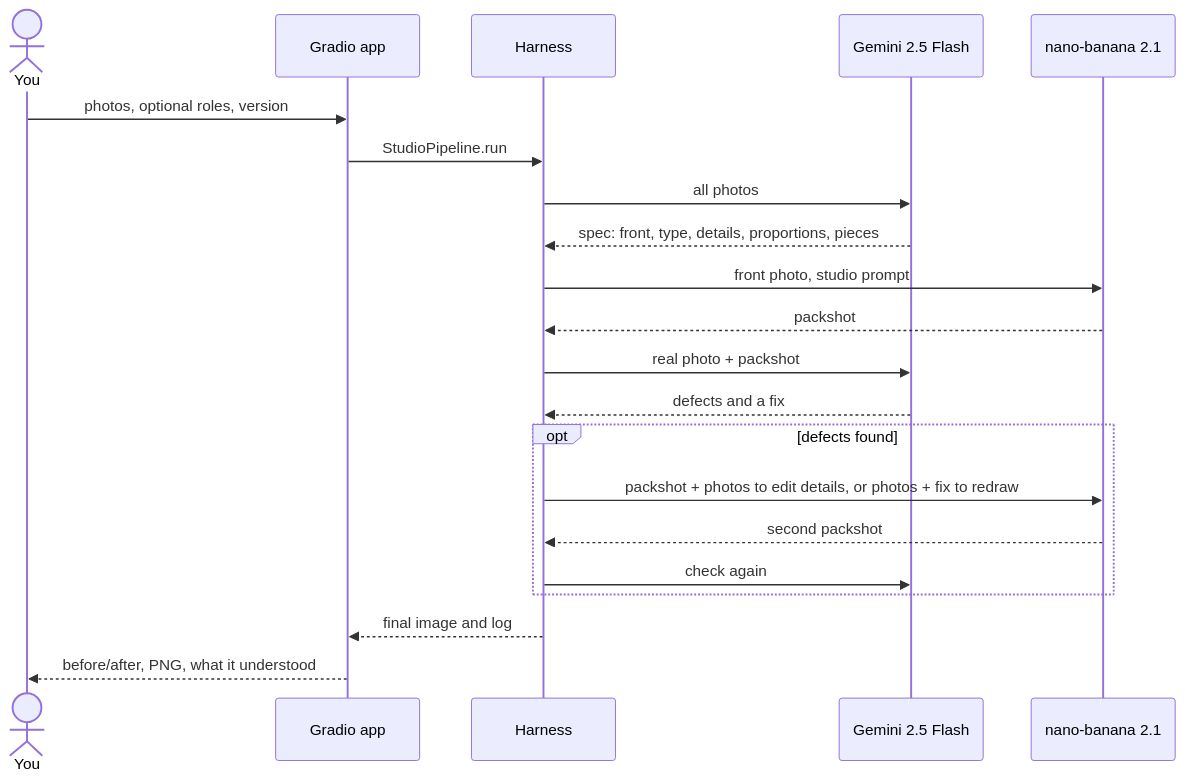
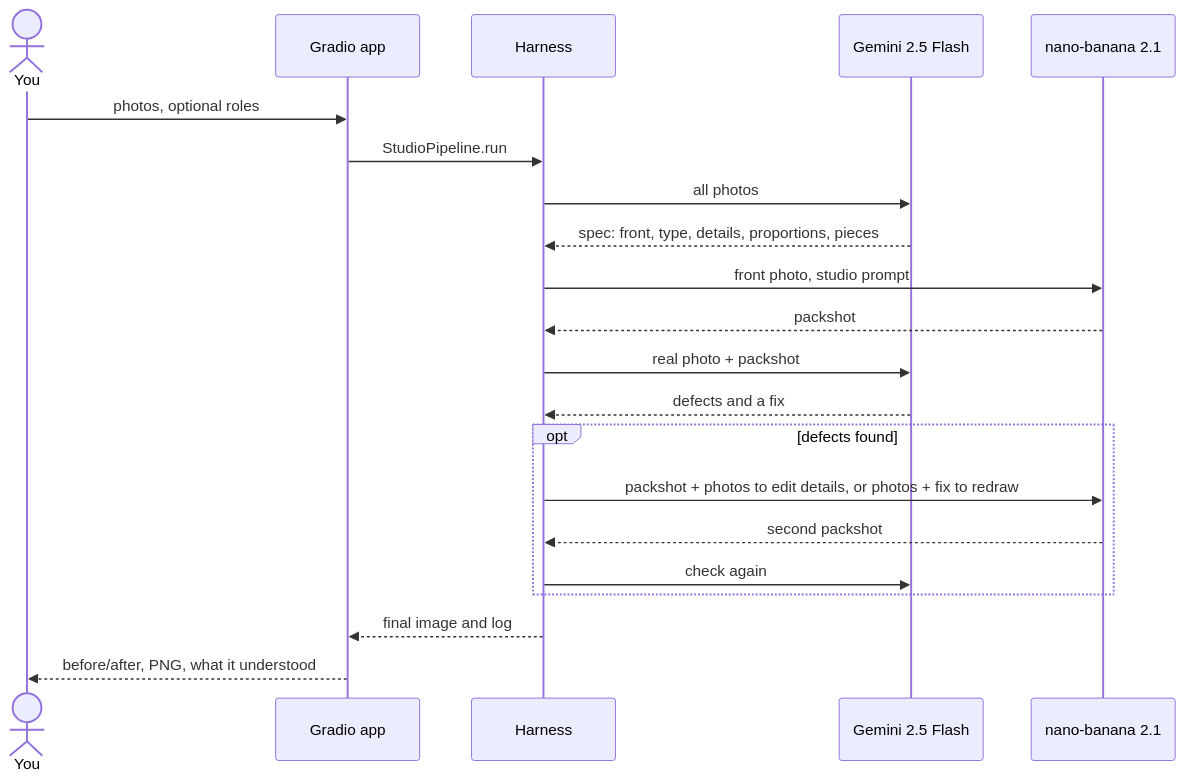
The second of 2 diagrams in README.md (neural-wave/ch-D3A24), drawn with Mermaid before and after one commit. The commit also changed other lines of this file and 32 other files, not shown here.

````diff
--- a/README.md
+++ b/README.md
@@ -42,23 +42,23 @@
 ```mermaid
 sequenceDiagram
     actor U as You
     participant App as Gradio app
     participant H as Harness
     participant V as Gemini 2.5 Flash
     participant G as nano-banana 2.1
-    U->>App: photos, optional roles, version
+    U->>App: photos, optional roles
     App->>H: StudioPipeline.run
     H->>V: all photos
     V-->>H: spec: front, type, details, proportions, pieces
     H->>G: front photo, studio prompt
     G-->>H: packshot
     H->>V: real photo + packshot
     V-->>H: defects and a fix
     opt defects found
         H->>G: packshot + photos to edit details, or photos + fix to redraw
         G-->>H: second packshot
         H->>V: check again
     end
     H-->>App: final image and log
     App-->>U: before/after, PNG, what it understood
 ```
````
